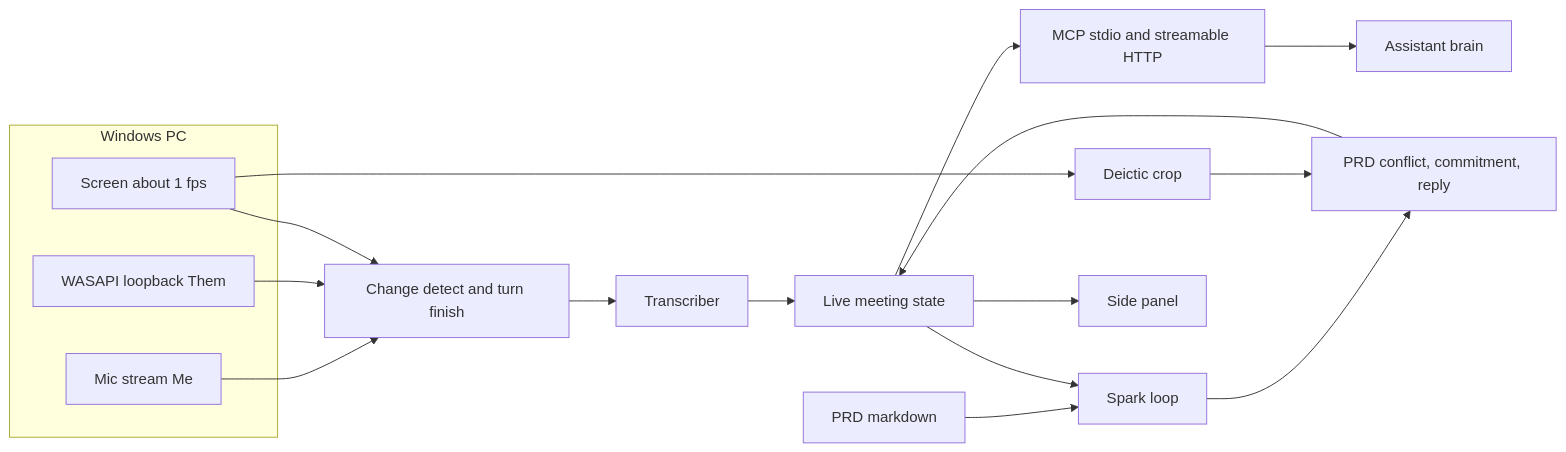
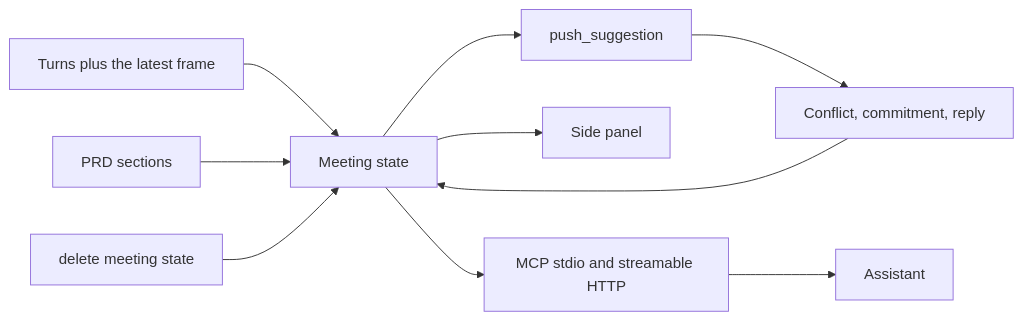
The diagram in README.md (vincentperezzz/escort), drawn with Mermaid before and after one commit. The commit also changed other lines of this file and 8 other files, not shown here.

First line of the commit message:
Make meeting state the product and push PRD flags on their own.

````diff
--- a/README.md
+++ b/README.md
@@ -15,22 +19,12 @@
 ```mermaid
 flowchart LR
-  subgraph pc [Windows PC]
-    Mic[Mic stream Me]
-    Loop[WASAPI loopback Them]
-    Screen[Screen about 1 fps]
-  end
-  Mic --> Gate[Change detect and turn finish]
-  Loop --> Gate
-  Screen --> Gate
-  Gate --> ASR[Transcriber]
-  ASR --> State[Live meeting state]
-  PRD[PRD markdown] --> Spark[Spark loop]
-  State --> Spark
-  Screen --> Crop[Deictic crop]
-  Spark --> Cards[PRD conflict, commitment, reply]
-  Crop --> Cards
+  Feed[Turns plus the latest frame] --> State[Meeting state]
+  PRD[PRD sections] --> State
+  State --> Push[push_suggestion]
+  Push --> Cards[Conflict, commitment, reply]
   Cards --> State
+  State --> Panel[Side panel]
   State --> MCP[MCP stdio and streamable HTTP]
-  MCP --> Brain[Assistant brain]
-  State --> Panel[Side panel]
+  MCP --> Brain[Assistant]
+  Delete[delete meeting state] --> State
 ```
````
